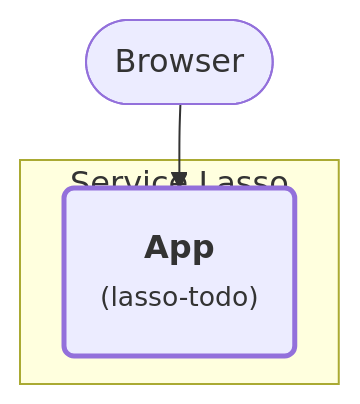
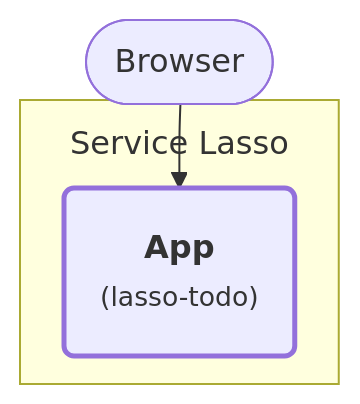
One commit to service-lasso/service-lasso changed the diagram in docs/getting-started/beginner-todo-app.md. Above: the diagram before and after it, drawn with Mermaid. The commit also changed 2 other files, not shown here.

Commit message:
docs: give managed boundary title room above application

````diff
--- a/docs/getting-started/beginner-todo-app.md
+++ b/docs/getting-started/beginner-todo-app.md
@@ -20,15 +20,15 @@
 ```mermaid
-%%{init: {"flowchart": {"nodeSpacing": 24, "rankSpacing": 28, "padding": 18}, "themeVariables": {"fontFamily": "system-ui, sans-serif"}}}%%
+%%{init: {"flowchart": {"nodeSpacing": 24, "rankSpacing": 28, "padding": 18, "subGraphTitleMargin": {"top": 10, "bottom": 20}}, "themeVariables": {"fontFamily": "system-ui, sans-serif"}}}%%
 flowchart TB
   accTitle: Stage 1: Add the App
   accDescr: The App stores todos in its own JSON file. All application services run inside the Service Lasso boundary. Existing management and runtime services are listed in the adjacent table.
   browser(["Browser"])
   subgraph lasso["Service Lasso"]
     todo("<b>App</b><br/><small>(lasso-todo)</small>")
   end
   browser --> todo
   classDef service stroke-width:1.5px
   classDef added stroke-width:2.5px
   class todo service
   class todo added
 ```
````
